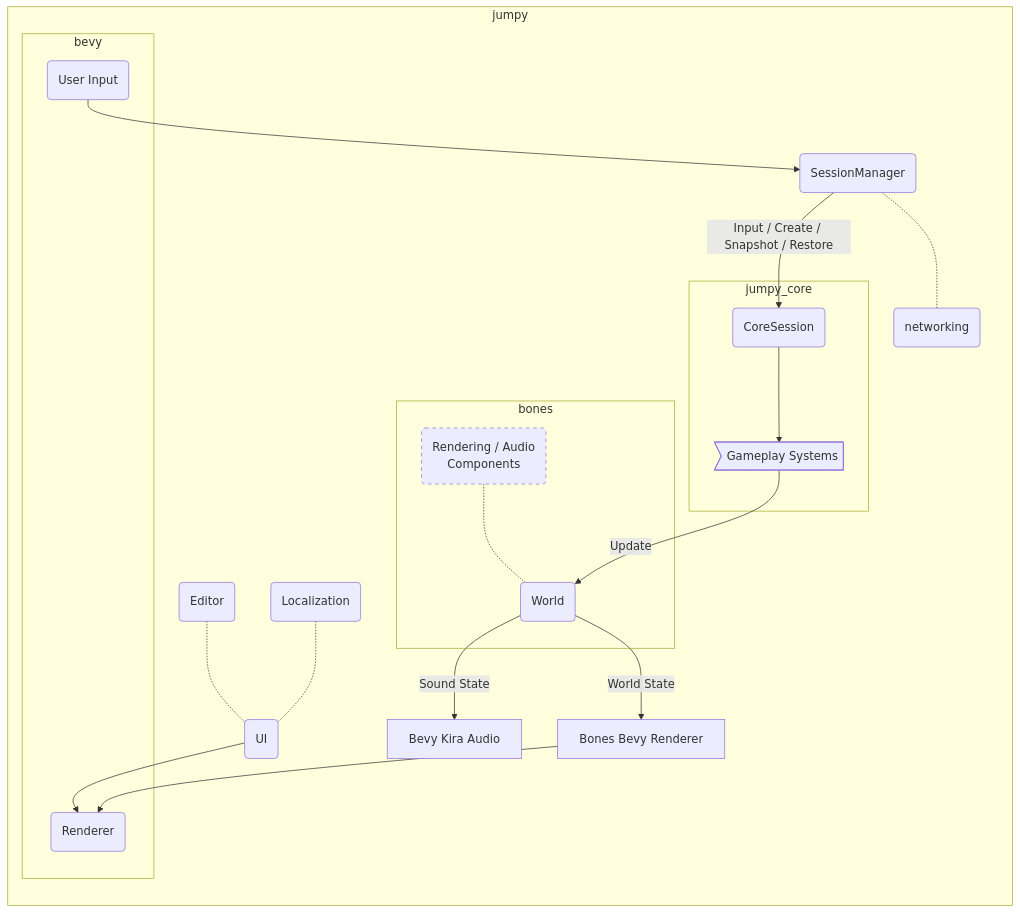
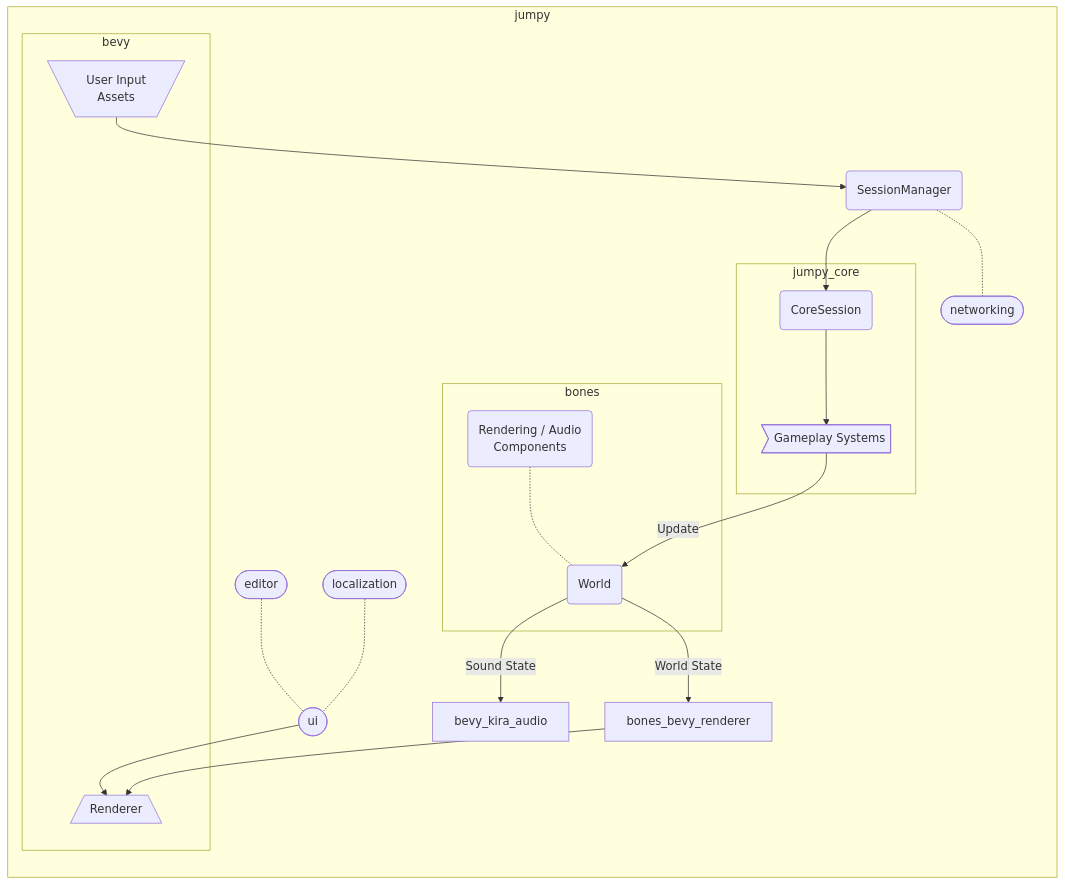
One commit to fishfolk/jumpy changed the second of 2 diagrams in src/README.md. Above: the diagram before and after it, drawn with Mermaid. The commit also changed other lines of this file and 23 other files, not shown here.

First line of the commit message:
docs(architecture): fill in a lot of jumpy_core architecture docs. (#805)

```diff
--- a/src/README.md
+++ b/src/README.md
@@ -50,47 +48,55 @@
 <pre class="mermaid">
-graph TB
-  sm -- Input / Create / Snapshot / Restore --> cs
+graph TD
   subgraph jumpy
     direction TB
-    sm(SessionManager):::code
-    click sm call docLink(jumpy/session/struct.SessionManager.html)
-    ui(UI)
-    ed(Editor)
-    lo(Localization)
-    n(networking):::code
-    click n call docLink(jumpy/networking/index.html)
-    bkr[Bevy Kira Audio]
-    bbr[Bones Bevy Renderer]
-    bbr --> br
-    sm -.- n
+
+    SessionManager(SessionManager):::code
+    bevyInput --> SessionManager
+
+    click SessionManager call docLink(jumpy/session/struct.SessionManager.html)
+    ui([ui]):::code
+    click ui call docLink(jumpy/ui/index.html)
+    editor([editor]):::code
+    click editor call docLink(jumpy/ui/editor/index.html)
+    localization([localization]):::code
+    click localization call docLink(jumpy/localization/index.html)
+    networking([networking]):::code
+    click networking call docLink(jumpy/networking/index.html)
 
     subgraph jumpy_core
-      cs(CoreSession):::code
-      click cs call docLink(jumpy_core/session/struct.CoreSession.html)
-      gp>Gameplay Systems]
-      cs --> gp
+      CoreSession(CoreSession):::code
+      click CoreSession call docLink(jumpy_core/session/struct.CoreSession.html)
+      gameplaySystems>Gameplay Systems]
+      CoreSession --> gameplaySystems
+    end
+    SessionManager --> CoreSession
+    SessionManager -.- networking
 
-    end
-    gp -- Update --> ecs
+    gameplaySystems -- Update --> World
 
-    ecs -- Sound State --> bkr
-    ecs -- World State --> bbr
     subgraph bones
-      ecs(World):::code
-      click ecs href "https://fishfolk.github.io/bones/rustdoc/bones_ecs/struct.World.html"
-      style rc stroke-dasharray: 5 5
-      rc("Rendering / Audio
-          Components")
-      rc -.- ecs
+      World(World):::code
+      click World href "https://fishfolk.github.io/bones/rustdoc/bones_ecs/struct.World.html"
+      renderingComponents("Rendering / Audio
+          Components"):::dotted
+      renderingComponents -.- World
     end
 
-    ui --> br
-    ed -.- ui
-    lo -.- ui
-    bi --> sm
+    World -- Sound State --> bevy_kira_audio:::code
+    World -- World State --> bones_bevy_renderer:::code
+    click bevy_kira_audio href "https://docs.rs/bevy_kira_audio/latest/bevy_kira_audio/"
+    click bones_bevy_renderer href "https://fishfolk.github.io/bones/rustdoc/bones_bevy_renderer/index.html"
+
+    ui --> bevyRenderer
+    editor -.- ui
+    localization -.- ui
+
+    bones_bevy_renderer --> bevyRenderer
+
     subgraph bevy
-      br(Renderer)
-      bi(User Input)
+      bevyInput[\"User Input
+      Assets"/]
+      bevyRenderer[/Renderer\]
     end
   end
 </pre>
```
